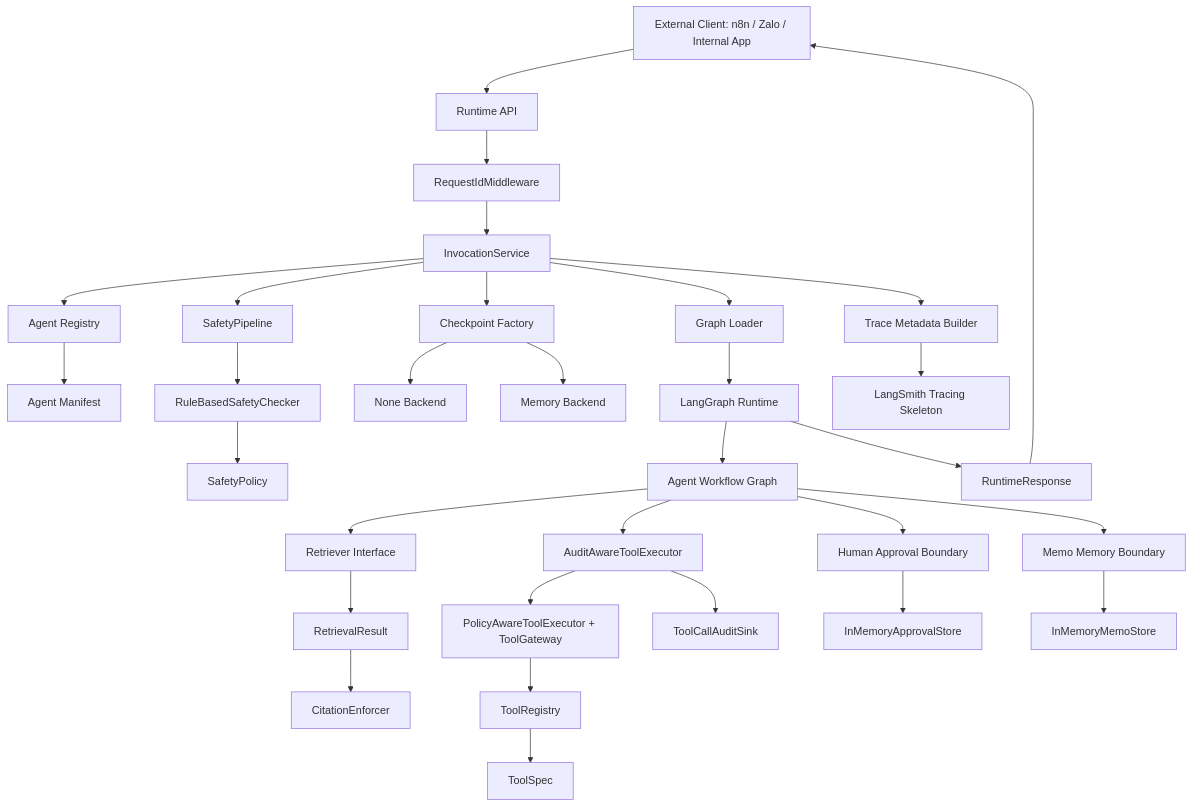
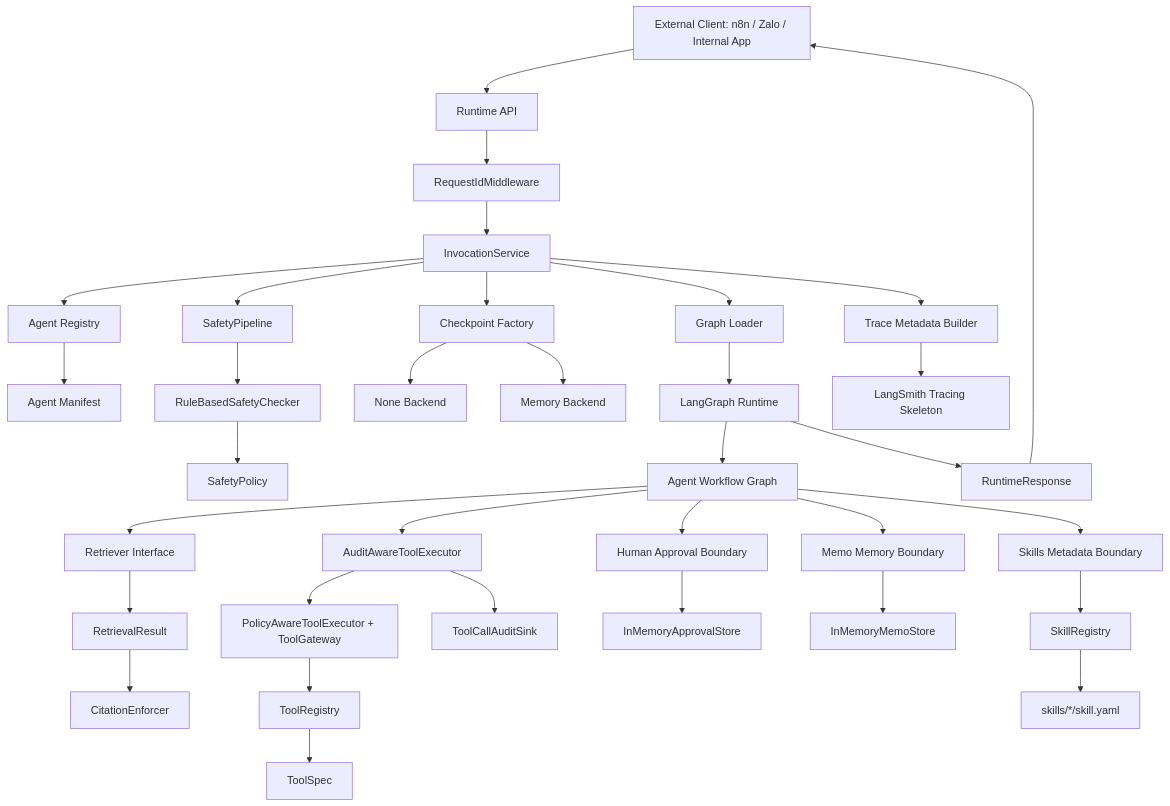
One commit to Tenaity/ai-agent-platform changed the first of 4 diagrams in docs/architecture/overview.md. Above: the diagram before and after it, drawn with Mermaid. The commit also changed other lines of this file and 18 other files, not shown here.

````diff
--- a/docs/architecture/overview.md
+++ b/docs/architecture/overview.md
@@ -19,44 +19,48 @@
 ```mermaid
 flowchart TD
     Client["External Client: n8n / Zalo / Internal App"] --> API["Runtime API"]
 
     API --> Middleware["RequestIdMiddleware"]
     Middleware --> Invoke["InvocationService"]
 
     Invoke --> Registry["Agent Registry"]
     Registry --> Manifest["Agent Manifest"]
 
     Invoke --> GraphLoader["Graph Loader"]
     GraphLoader --> Runtime["LangGraph Runtime"]
 
     Invoke --> Checkpoint["Checkpoint Factory"]
     Checkpoint --> NoneBackend["None Backend"]
     Checkpoint --> MemoryBackend["Memory Backend"]
 
     Invoke --> Safety["SafetyPipeline"]
     Safety --> SafetyChecker["RuleBasedSafetyChecker"]
     SafetyChecker --> SafetyPolicy["SafetyPolicy"]
 
     Runtime --> AgentGraph["Agent Workflow Graph"]
     AgentGraph --> Retriever["Retriever Interface"]
     Retriever --> RetrievalResult["RetrievalResult"]
     RetrievalResult --> CitationEnforcer["CitationEnforcer"]
 
     AgentGraph --> AuditWrapper["AuditAwareToolExecutor"]
     AuditWrapper --> ToolGateway["PolicyAwareToolExecutor + ToolGateway"]
     ToolGateway --> ToolRegistry["ToolRegistry"]
     ToolRegistry --> ToolSpec["ToolSpec"]
     AuditWrapper --> AuditSink["ToolCallAuditSink"]
 
     AgentGraph --> Approval["Human Approval Boundary"]
     Approval --> ApprovalStore["InMemoryApprovalStore"]
 
     AgentGraph --> Memo["Memo Memory Boundary"]
     Memo --> MemoStore["InMemoryMemoStore"]
 
+    AgentGraph --> Skills["Skills Metadata Boundary"]
+    Skills --> SkillRegistry["SkillRegistry"]
+    SkillRegistry --> SkillFiles["skills/*/skill.yaml"]
+
     Invoke --> TraceMeta["Trace Metadata Builder"]
     TraceMeta --> LangSmith["LangSmith Tracing Skeleton"]
 
     Runtime --> Response["RuntimeResponse"]
     Response --> Client
 ```
````
